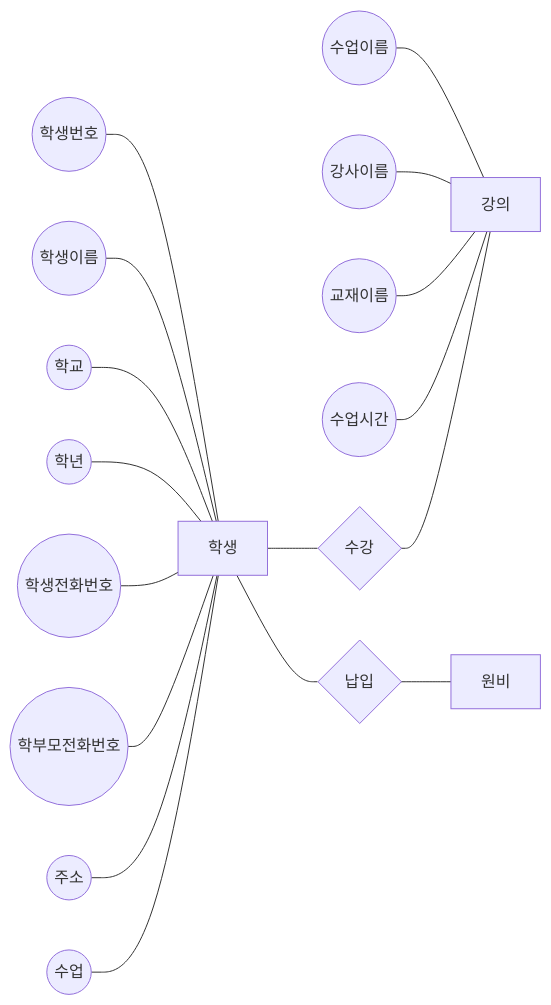
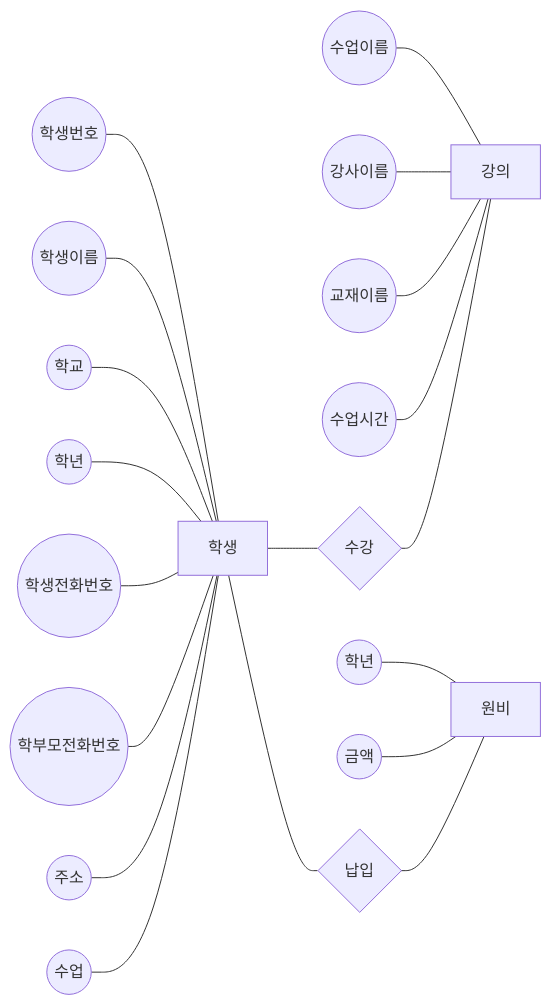
The second of 2 diagrams in README(키 설명 추가).md (HYUUUNAKIM/DB_project), drawn with Mermaid before and after one commit.

Commit message:
Update README(키 설명 추가).md

````diff
--- a/README(키 설명 추가).md
+++ b/README(키 설명 추가).md
@@ -180,19 +180,21 @@
 ```mermaid
 graph LR
 A((학생번호))---S[학생]
 B((학생이름))---S[학생]
 C((학교))---S[학생]
 D((학년))---S[학생]
 E((학생전화번호))---S[학생]
 F((학부모전화번호))---S[학생]
 G((주소))---S[학생]
 H((수업))---S[학생]
 I((수업이름))---L[강의]
 K((강사이름))---L[강의]
 M((교재이름))---L[강의]
 N((수업시간))---L[강의]
+a((학년))---p[원비]
+b((금액))---p[원비]
 S---J{수강}
 J---L[강의]
 S---P{납입}
 P---p[원비]
 ```
````
